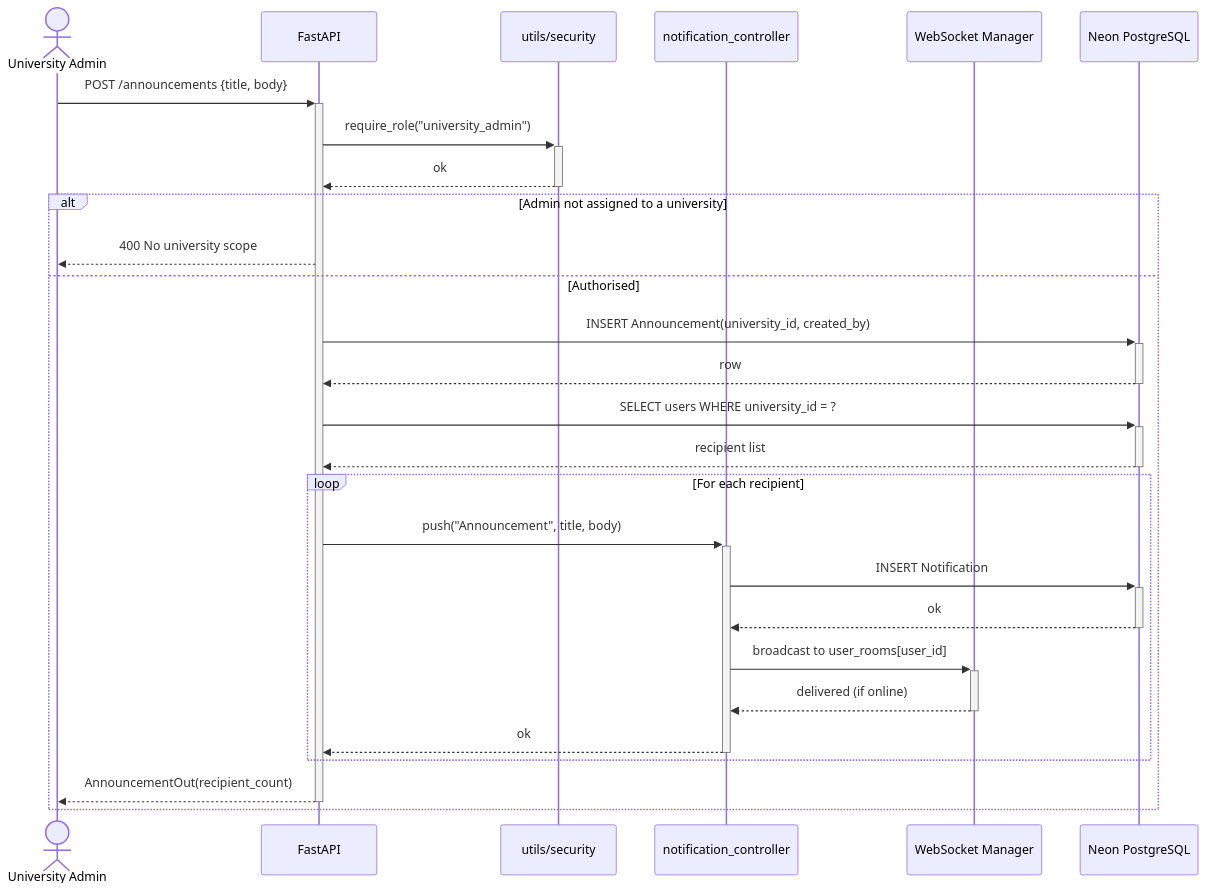
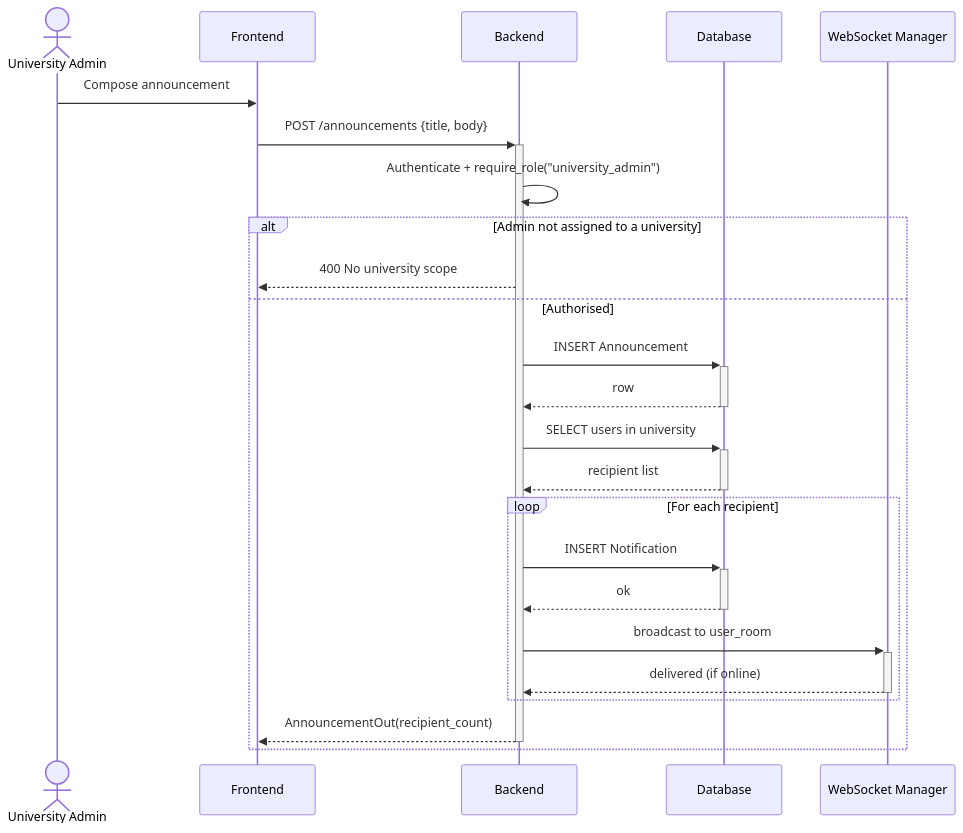
The sixth of 6 diagrams in docs/sprints/SPRINT_6.md (yazidha09/Hub4Learners), drawn with Mermaid before and after one commit. The commit also changed other lines of this file and 5 other files, not shown here.

````diff
--- a/docs/sprints/SPRINT_6.md
+++ b/docs/sprints/SPRINT_6.md
@@ -288,32 +269,29 @@
 ```mermaid
 sequenceDiagram
     actor Admin as University Admin
-    participant API as FastAPI
-    participant Sec as utils/security
-    participant Notif as notification_controller
+    participant Frontend
+    participant Backend
+    participant DB as Database
     participant WS as WebSocket Manager
-    participant DB as Neon PostgreSQL
 
-    Admin->>+API: POST /announcements {title, body}
-    API->>+Sec: require_role("university_admin")
-    Sec-->>-API: ok
+    Admin->>Frontend: Compose announcement
+    Frontend->>+Backend: POST /announcements {title, body}
+    Backend->>Backend: Authenticate + require_role("university_admin")
     alt Admin not assigned to a university
-        API-->>Admin: 400 No university scope
+        Backend-->>Frontend: 400 No university scope
     else Authorised
-        API->>+DB: INSERT Announcement(university_id, created_by)
-        DB-->>-API: row
-        API->>+DB: SELECT users WHERE university_id = ?
-        DB-->>-API: recipient list
+        Backend->>+DB: INSERT Announcement
+        DB-->>-Backend: row
+        Backend->>+DB: SELECT users in university
+        DB-->>-Backend: recipient list
 
         loop For each recipient
-            API->>+Notif: push("Announcement", title, body)
-            Notif->>+DB: INSERT Notification
-            DB-->>-Notif: ok
-            Notif->>+WS: broadcast to user_rooms[user_id]
-            WS-->>-Notif: delivered (if online)
-            Notif-->>-API: ok
+            Backend->>+DB: INSERT Notification
+            DB-->>-Backend: ok
+            Backend->>+WS: broadcast to user_room
+            WS-->>-Backend: delivered (if online)
         end
 
-        API-->>-Admin: AnnouncementOut(recipient_count)
+        Backend-->>-Frontend: AnnouncementOut(recipient_count)
     end
 ```
````
